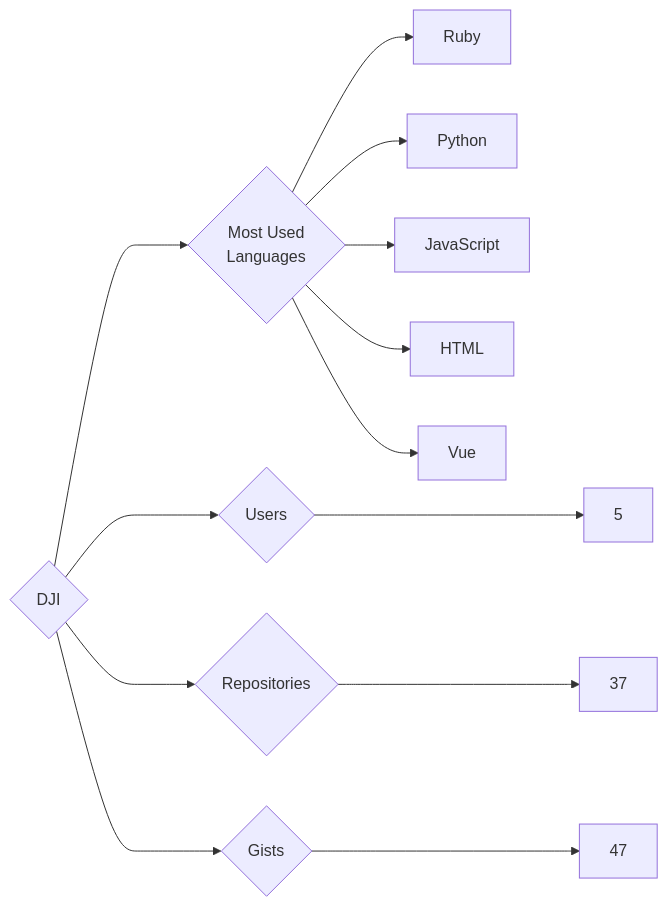
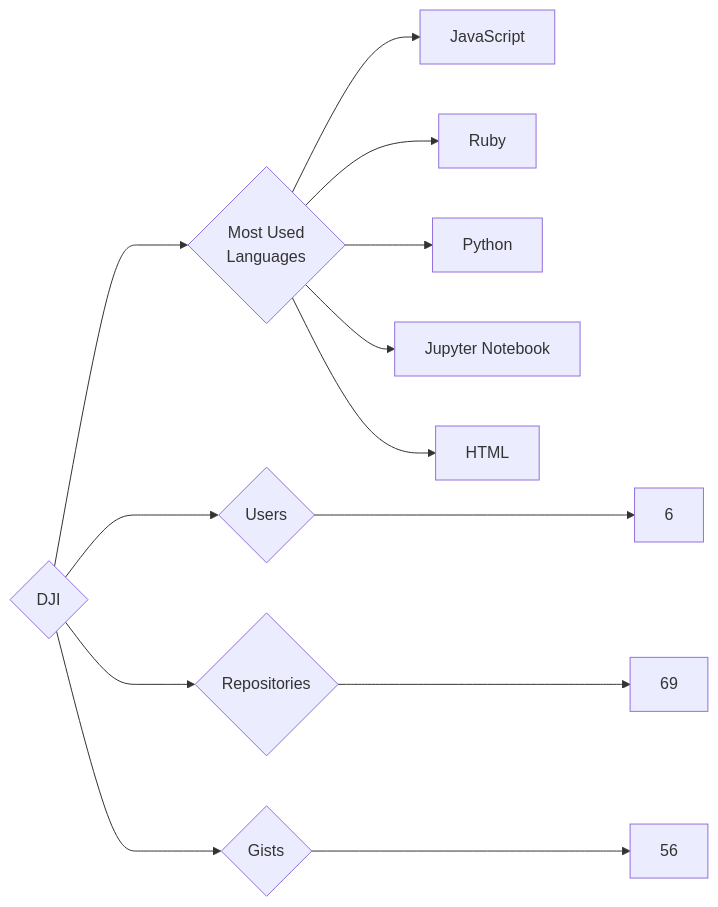
One commit to trickest/insiders changed the diagram in targets/DJI/README.md. Above: the diagram before and after it, drawn with Mermaid. The commit also changed 776 other files, not shown here.

````diff
--- a/targets/DJI/README.md
+++ b/targets/DJI/README.md
@@ -3,13 +3,13 @@
 ```mermaid
 graph LR
 COMPANY_NAME{DJI}
-COMPANY_NAME ---> U{Users} ---> UN[5]
-COMPANY_NAME ---> R{Repositories} ---> RN[37]
-COMPANY_NAME ---> G{Gists} ---> GN[47]
+COMPANY_NAME ---> U{Users} ---> UN[6]
+COMPANY_NAME ---> R{Repositories} ---> RN[69]
+COMPANY_NAME ---> G{Gists} ---> GN[56]
 COMPANY_NAME ---> ML{Most Used<br>Languages}
+ML --> JavaScript[JavaScript]
 ML --> Ruby[Ruby]
 ML --> Python[Python]
-ML --> JavaScript[JavaScript]
+ML --> Jupyter_Notebook[Jupyter Notebook]
 ML --> HTML[HTML]
-ML --> Vue[Vue]
 ```
````
